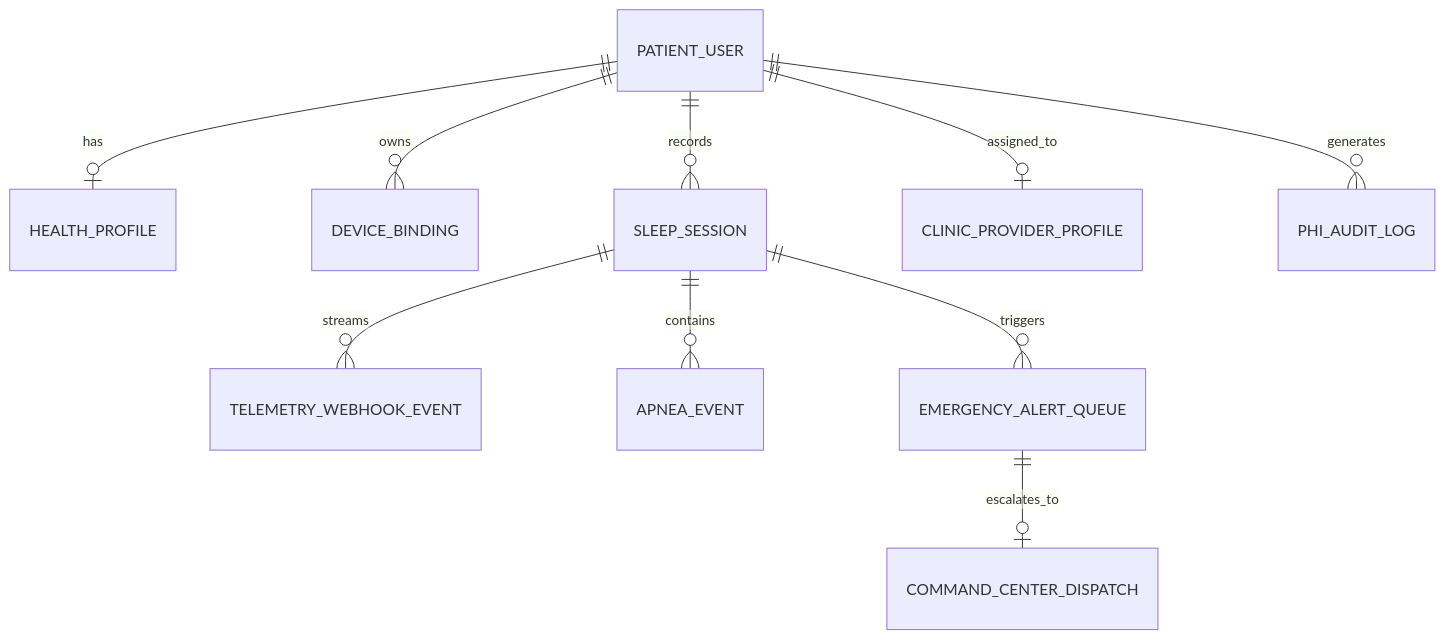
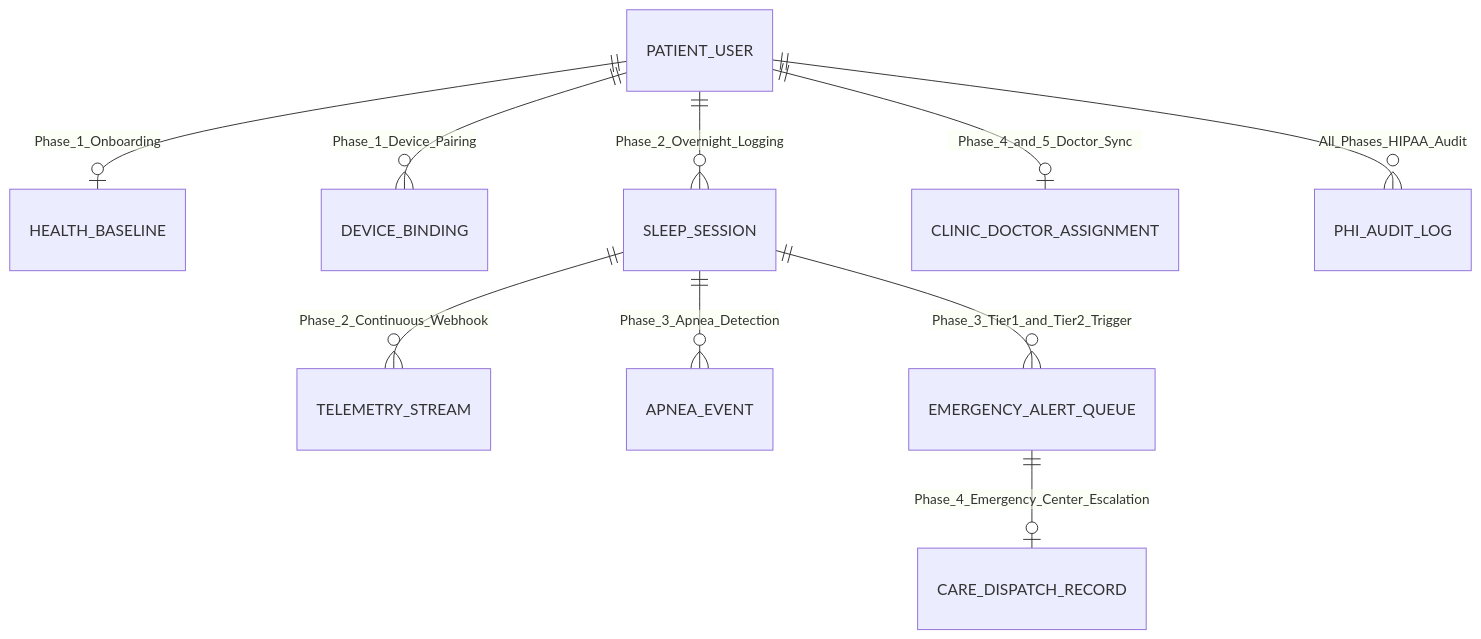
One commit to reidlai/masker-app changed the fourth of 4 diagrams in _bmad-output/architecture/ARCHITECTURE-SPINE.md. Above: the diagram before and after it, drawn with Mermaid. The commit also changed other lines of this file, not shown here.

Commit message:
docs: update Enterprise Architecture Specification (v4.0.0) with C4 Context, C4 Container, BPMN 2.0 workflows, and BPMN-derived Conceptual Data Architecture

````diff
--- a/_bmad-output/architecture/ARCHITECTURE-SPINE.md
+++ b/_bmad-output/architecture/ARCHITECTURE-SPINE.md
@@ -93,12 +151,12 @@
 ```mermaid
 erDiagram
-    PATIENT_USER ||--o| HEALTH_PROFILE : "has"
-    PATIENT_USER ||--o{ DEVICE_BINDING : "owns"
-    PATIENT_USER ||--o{ SLEEP_SESSION : "records"
-    SLEEP_SESSION ||--o{ TELEMETRY_WEBHOOK_EVENT : "streams"
-    SLEEP_SESSION ||--o{ APNEA_EVENT : "contains"
-    SLEEP_SESSION ||--o{ EMERGENCY_ALERT_QUEUE : "triggers"
-    EMERGENCY_ALERT_QUEUE ||--o| COMMAND_CENTER_DISPATCH : "escalates_to"
-    PATIENT_USER ||--o| CLINIC_PROVIDER_PROFILE : "assigned_to"
-    PATIENT_USER ||--o{ PHI_AUDIT_LOG : "generates"
+    PATIENT_USER ||--o| HEALTH_BASELINE : "Phase_1_Onboarding"
+    PATIENT_USER ||--o{ DEVICE_BINDING : "Phase_1_Device_Pairing"
+    PATIENT_USER ||--o{ SLEEP_SESSION : "Phase_2_Overnight_Logging"
+    SLEEP_SESSION ||--o{ TELEMETRY_STREAM : "Phase_2_Continuous_Webhook"
+    SLEEP_SESSION ||--o{ APNEA_EVENT : "Phase_3_Apnea_Detection"
+    SLEEP_SESSION ||--o{ EMERGENCY_ALERT_QUEUE : "Phase_3_Tier1_and_Tier2_Trigger"
+    EMERGENCY_ALERT_QUEUE ||--o| CARE_DISPATCH_RECORD : "Phase_4_Emergency_Center_Escalation"
+    PATIENT_USER ||--o| CLINIC_DOCTOR_ASSIGNMENT : "Phase_4_and_5_Doctor_Sync"
+    PATIENT_USER ||--o{ PHI_AUDIT_LOG : "All_Phases_HIPAA_Audit"
 ```
````
